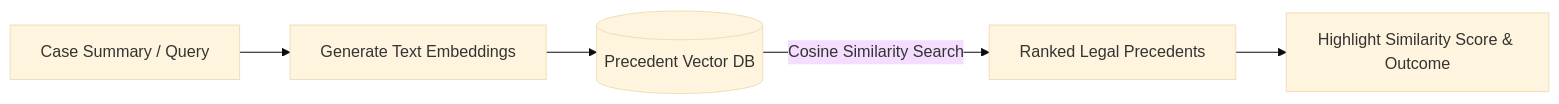
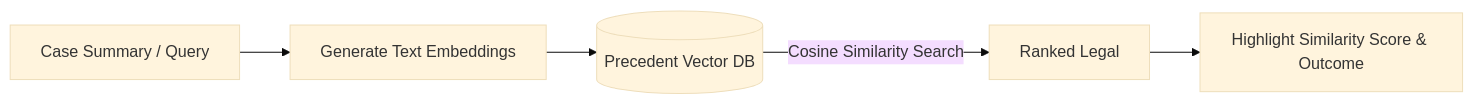
One commit to KISHORE0709-LEO/Mandamus changed the second of 9 diagrams in README.md. Above: the diagram before and after it, drawn with Mermaid (base theme). The commit also changed 1 other file, not shown here.

Commit message:
Fixed errors

````diff
--- a/README.md
+++ b/README.md
@@ -75,7 +75,7 @@
 ```mermaid
 flowchart LR
     A[Case Summary / Query] --> B[Generate Text Embeddings]
     B --> C[(Precedent Vector DB)]
-    C -->|Cosine Similarity Search| D[Ranked Legal Precedents]
+    C -->|Cosine Similarity Search| D[Ranked Legal ]
     D --> E[Highlight Similarity Score & Outcome]
 ```
````
